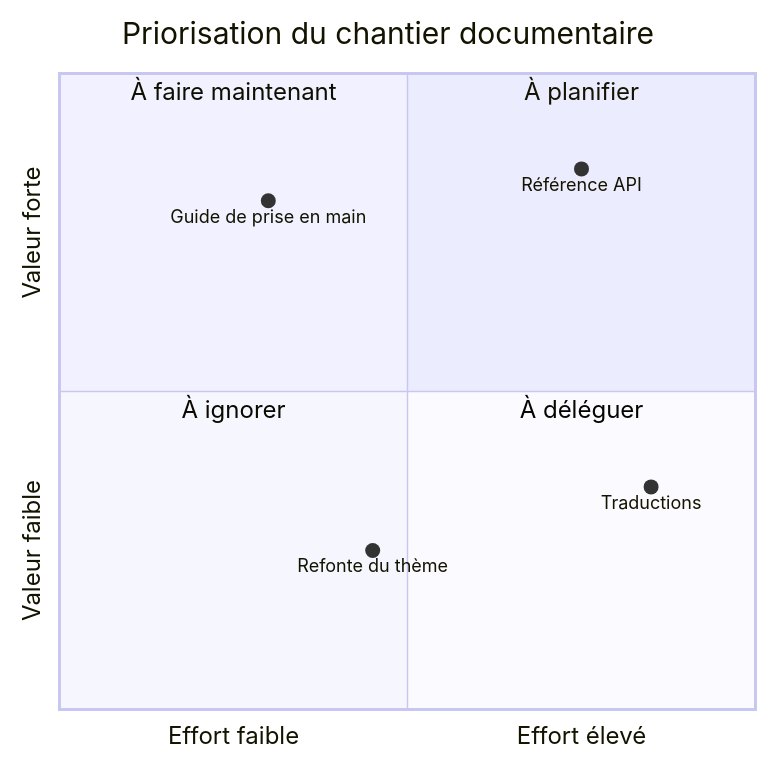
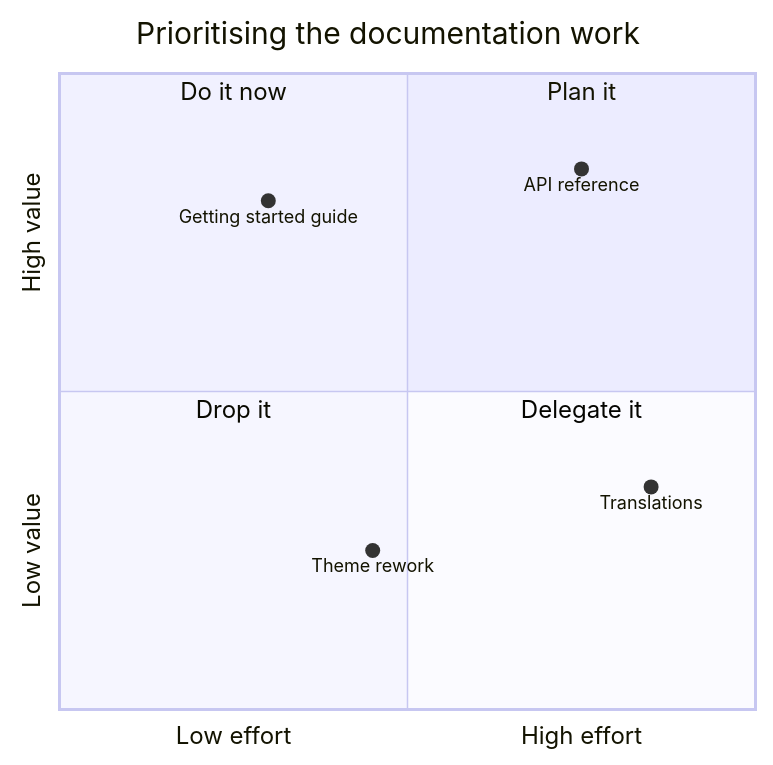
One commit to InnovateIt-ak/docusaurus changed diagram 11 of 25 in docs/mermaid-diagrams.mdx. Above: the diagram before and after it, drawn with Mermaid. The commit also changed other lines of this file, not shown here.

First line of the commit message:
Translate the Mermaid reference page to English

````diff
--- a/docs/mermaid-diagrams.mdx
+++ b/docs/mermaid-diagrams.mdx
@@ -509,14 +506,14 @@
 ```mermaid
 quadrantChart
-    title Priorisation du chantier documentaire
-    x-axis "Effort faible" --> "Effort élevé"
-    y-axis "Valeur faible" --> "Valeur forte"
-    quadrant-1 À planifier
-    quadrant-2 À faire maintenant
-    quadrant-3 À ignorer
-    quadrant-4 À déléguer
-    "Référence API": [0.75, 0.85]
-    "Guide de prise en main": [0.30, 0.80]
-    "Traductions": [0.85, 0.35]
-    "Refonte du thème": [0.45, 0.25]
+    title Prioritising the documentation work
+    x-axis "Low effort" --> "High effort"
+    y-axis "Low value" --> "High value"
+    quadrant-1 Plan it
+    quadrant-2 Do it now
+    quadrant-3 Drop it
+    quadrant-4 Delegate it
+    "API reference": [0.75, 0.85]
+    "Getting started guide": [0.30, 0.80]
+    "Translations": [0.85, 0.35]
+    "Theme rework": [0.45, 0.25]
 ```
````
